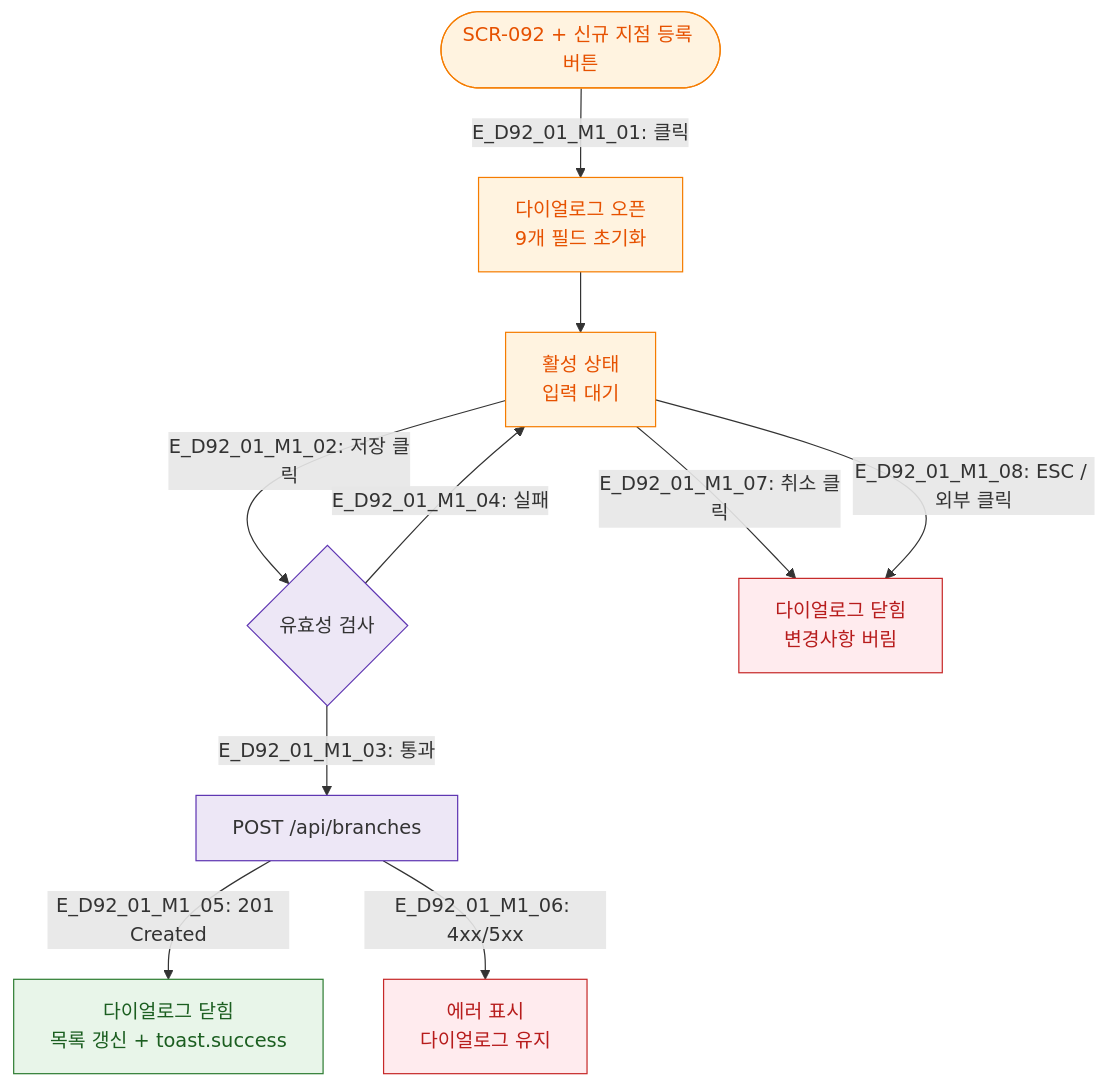
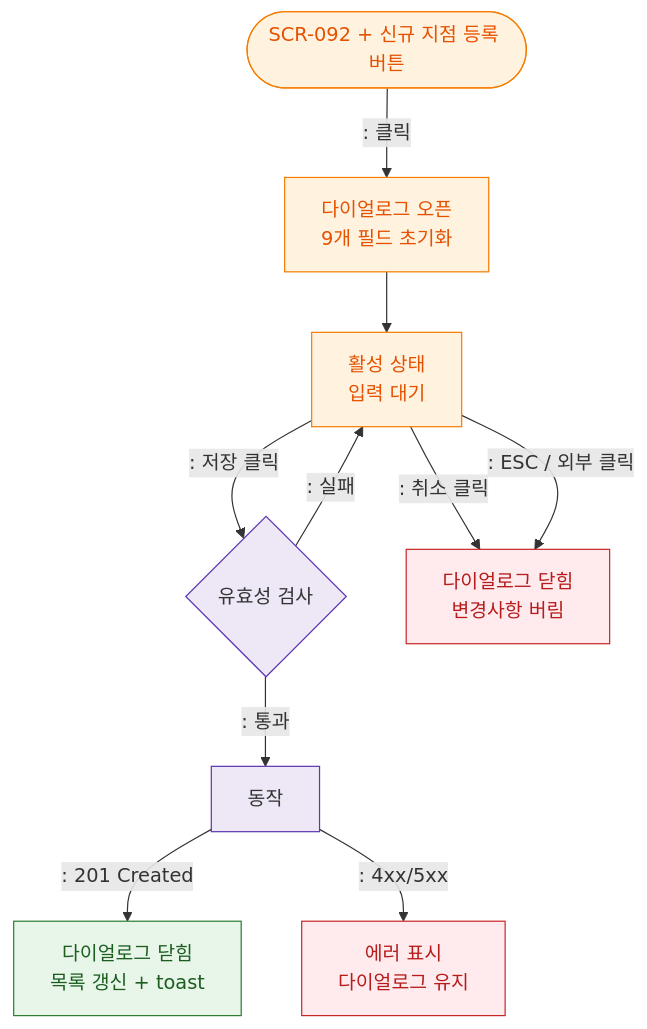
Before and after one commit to dev-spogym/admin-pando: the diagram in docs/다이어그램/D10_본사관리/DLG/DLG-092-001_신규지점등록/M1_생명주기.md, drawn with Mermaid. The commit also changed other lines of this file and 1660 other files, not shown here.

First line of the commit message:
다이어그램: 기획자/클라이언트 납품본으로 정리

````diff
--- a/docs/다이어그램/D10_본사관리/DLG/DLG-092-001_신규지점등록/M1_생명주기.md
+++ b/docs/다이어그램/D10_본사관리/DLG/DLG-092-001_신규지점등록/M1_생명주기.md
@@ -14,27 +12,27 @@
 ```mermaid
 flowchart TD
-  Trigger([SCR-092 + 신규 지점 등록 버튼]) -->|"E_D92_01_M1_01: 클릭"| Open[다이얼로그 오픈\n9개 필드 초기화]
+  Trigger([SCR-092 + 신규 지점 등록 버튼]) -->|": 클릭"|Open[다이얼로그 오픈\n9개 필드 초기화]
 
   Open --> Active[활성 상태\n입력 대기]
-  Active -->|"E_D92_01_M1_02: 저장 클릭"| Validate{유효성 검사}
-  Validate -->|"E_D92_01_M1_03: 통과"| Submit[POST /api/branches]
-  Validate -->|"E_D92_01_M1_04: 실패"| Active
+  Active -->|": 저장 클릭"|Validate{유효성 검사}
+  Validate -->|": 통과"|Submit[동작]
+  Validate -->|": 실패"|Active
 
-  Submit -->|"E_D92_01_M1_05: 201 Created"| Success[다이얼로그 닫힘\n목록 갱신 + toast.success]
-  Submit -->|"E_D92_01_M1_06: 4xx/5xx"| Error[에러 표시\n다이얼로그 유지]
+  Submit -->|": 201 Created"|Success[다이얼로그 닫힘\n목록 갱신 + toast]
+  Submit -->|": 4xx/5xx"|Error[에러 표시\n다이얼로그 유지]
 
-  Active -->|"E_D92_01_M1_07: 취소 클릭"| Cancel[다이얼로그 닫힘\n변경사항 버림]
-  Active -->|"E_D92_01_M1_08: ESC / 외부 클릭"| Cancel
+  Active -->|": 취소 클릭"|Cancel[다이얼로그 닫힘\n변경사항 버림]
+  Active -->|": ESC / 외부 클릭"|Cancel
 
   classDef trigger fill:#FFF3E0,stroke:#F57C00,color:#E65100
   classDef modal fill:#FFF3E0,stroke:#F57C00,color:#E65100
   classDef system fill:#EDE7F6,stroke:#5E35B2
   classDef success fill:#E8F5E9,stroke:#2E7D32,color:#1B5E20
   classDef error fill:#FFEBEE,stroke:#C62828,color:#B71C1C
 
   class Trigger trigger
   class Open,Active modal
   class Validate,Submit system
   class Success success
   class Error,Cancel error
 ```
````
